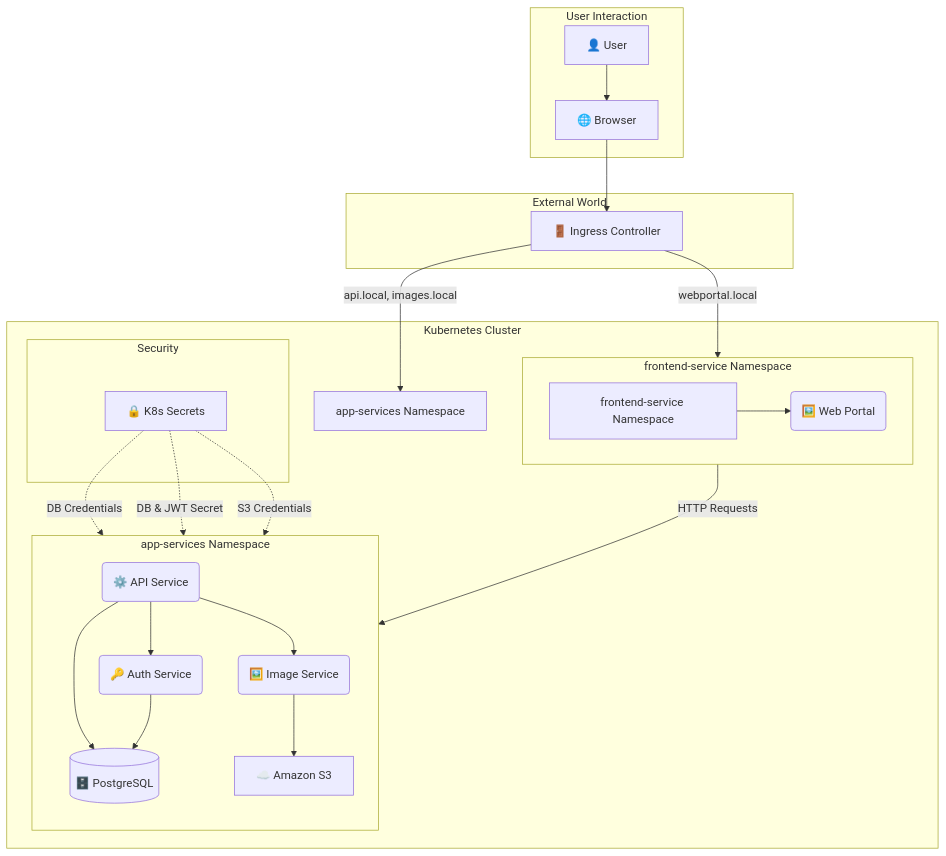
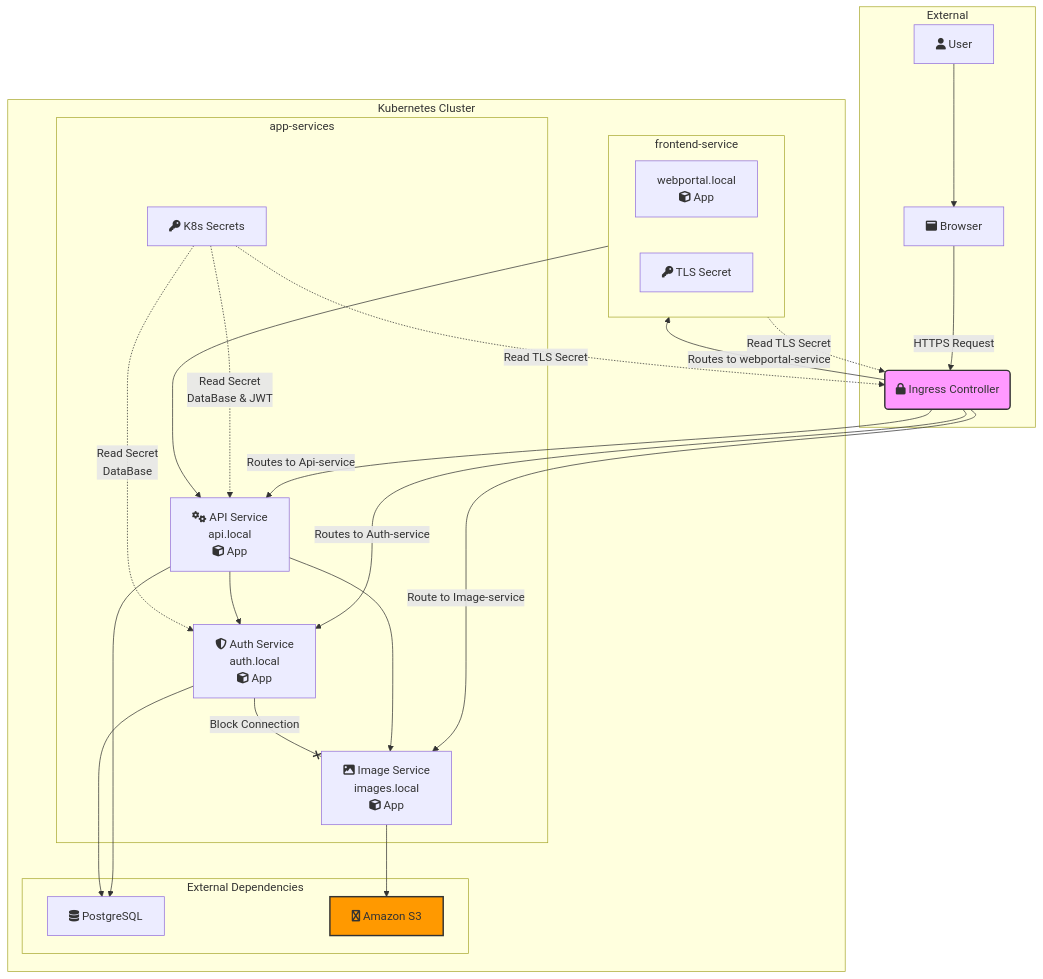
One commit to Pep15/Practical_SRE changed the diagram in README.md. Above: the diagram before and after it, drawn with Mermaid.

````diff
--- a/README.md
+++ b/README.md
@@ -5,36 +5,52 @@
 ```mermaid
 graph TD
-    subgraph "User Interaction"
-        User[👤 User] --> Browser[🌐 Browser]
-    end
-
-    subgraph "External World"
-        Browser --> Ingress[🚪 Ingress Controller]
+    subgraph "External"
+        User[fa:fa-user User] --> Browser[fa:fa-window-maximize Browser]
+        Browser --> |HTTPS Request| Ingress(fa:fa-lock Ingress Controller)
     end
 
     subgraph "Kubernetes Cluster"
-        Ingress -->|"webportal.local"| FrontendNS[frontend-service Namespace]
-        Ingress -->|"api.local, images.local"| AppNS[app-services Namespace]
-
-        subgraph "frontend-service Namespace"
+        subgraph frontend-service
             direction LR
-            FrontendNS --> WebPortal(🖼️ Web Portal)
+            WebPortal["webportal.local <br> fa:fa-cube App"]
+            SecretFE[fa:fa-key TLS Secret]
         end
 
-        subgraph "app-services Namespace"
-            direction TB
-            WebPortal -->|HTTP Requests| APIService(⚙️ API Service)
-            APIService --> AuthService(🔑 Auth Service)
-            APIService --> ImageService(🖼️ Image Service)
-            APIService --> DB[(🗄️ PostgreSQL)]
-            AuthService --> DB
-            ImageService --> S3[☁️ Amazon S3]
+        subgraph app-services
+            APIService["fa:fa-cogs API Service <br> api.local <br> fa:fa-cube App"]
+            AuthService["fa:fa-shield-alt Auth Service <br> auth.local <br> fa:fa-cube App"]
+            ImageService["fa:fa-image Image Service <br> images.local <br> fa:fa-cube App"]
+            SecretBE[fa:fa-key K8s Secrets]
         end
 
-        subgraph "Security"
-            Secrets[🔒 K8s Secrets] -.->|DB Credentials| AuthService
-            Secrets -.->|DB & JWT Secret| APIService
-            Secrets -.->|S3 Credentials| ImageService
+        subgraph "External Dependencies"
+            PostgreSQL[fa:fa-database PostgreSQL]
+            S3[fa:fa-aws Amazon S3]
         end
+
+        Ingress -- "Routes to webportal-service" --> WebPortal
+        Ingress -- "Routes to Api-service" --> APIService
+        Ingress -- "Route to Image-service" --> ImageService
+        Ingress -- "Routes to Auth-service" --> AuthService
+
+        SecretFE -. "Read TLS Secret" .-> Ingress
+        SecretBE -. "Read TLS Secret" .-> Ingress
+
+        WebPortal --> APIService
+
+        APIService --> AuthService
+        APIService --> ImageService
+        APIService --> PostgreSQL
+        AuthService --> PostgreSQL
+
+        ImageService --> S3
+
+        SecretBE -. "Read Secret <br> DataBase & JWT" .-> APIService
+        SecretBE -. "Read Secret <br> DataBase" .-> AuthService
+
+        AuthService --x |Block Connection| ImageService
     end
+
+    style Ingress fill:#f9f,stroke:#333,stroke-width:2px
+    style S3 fill:#FF9900,stroke:#333,stroke-width:2px
 ```
````
